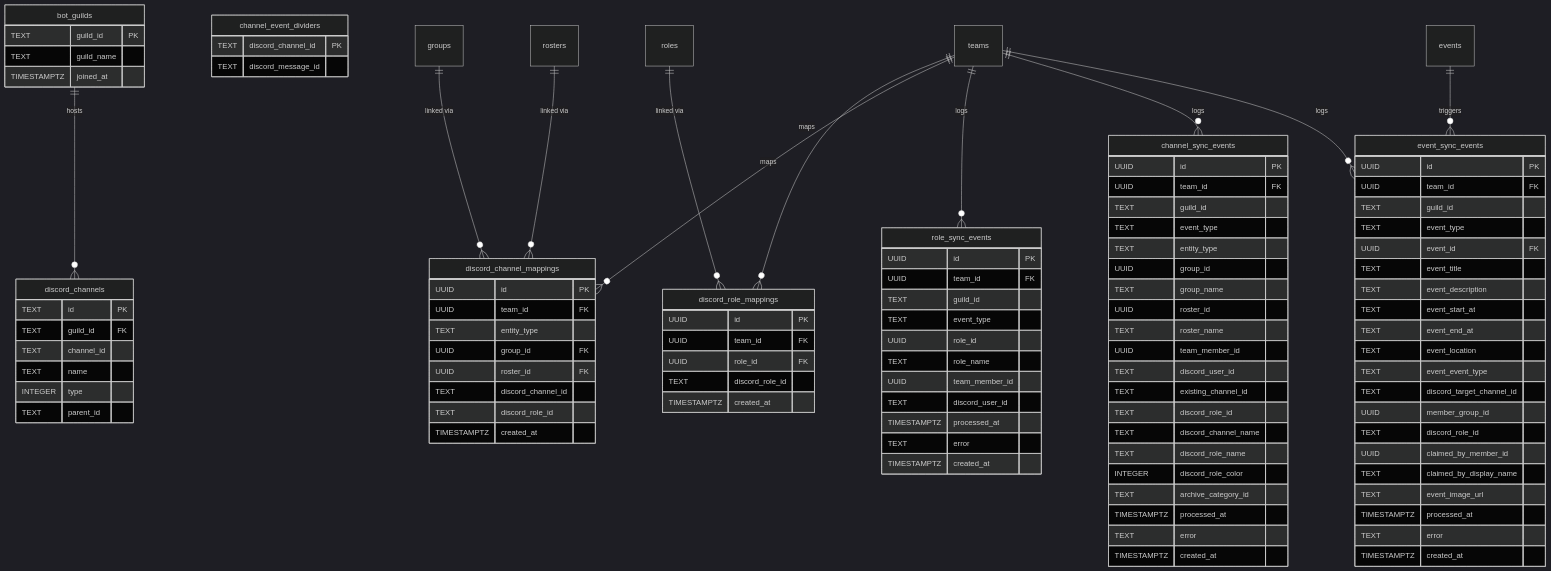
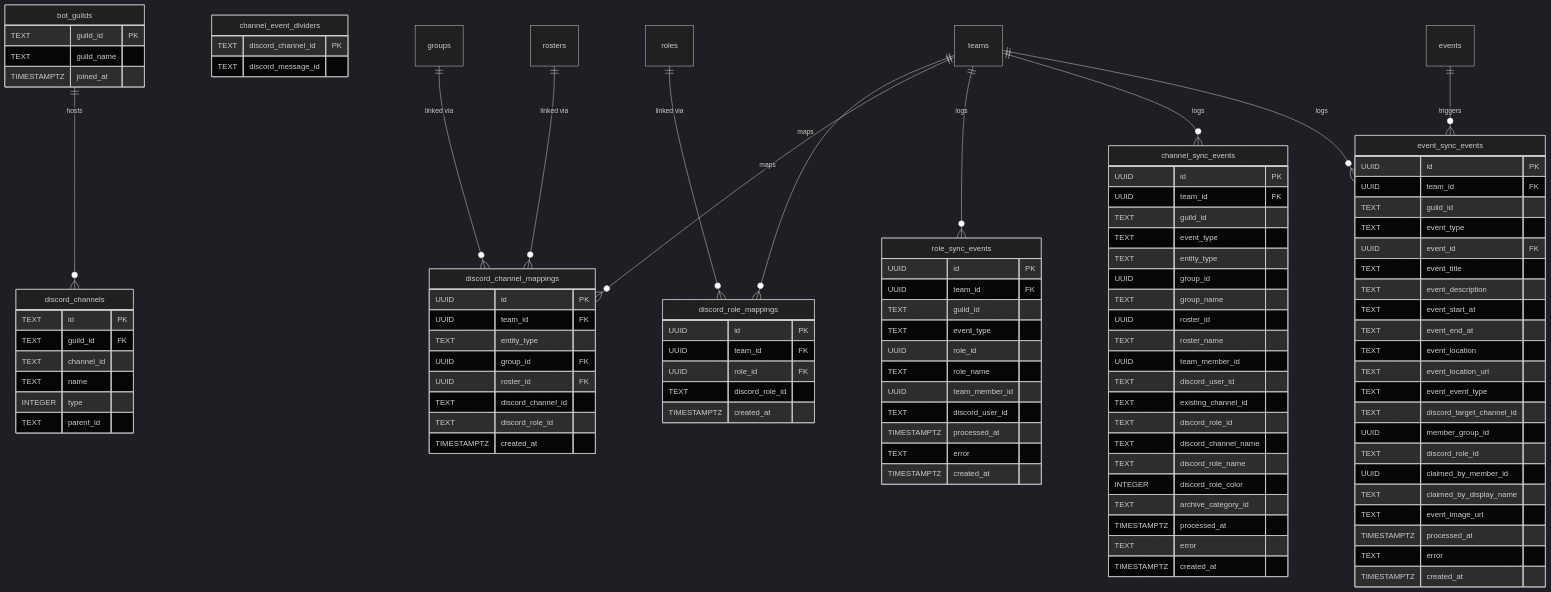
One commit to maxa-ondrej/sideline changed the eighth of 12 diagrams in docs/thesis/er-diagram.md. Above: the diagram before and after it, drawn with Mermaid (dark theme). The commit also changed other lines of this file and 69 other files, not shown here.

```diff
--- a/docs/thesis/er-diagram.md
+++ b/docs/thesis/er-diagram.md
@@ -506,6 +508,7 @@
         TEXT event_start_at
         TEXT event_end_at
         TEXT event_location
+        TEXT event_location_url
         TEXT event_event_type
         TEXT discord_target_channel_id
         UUID member_group_id
```
